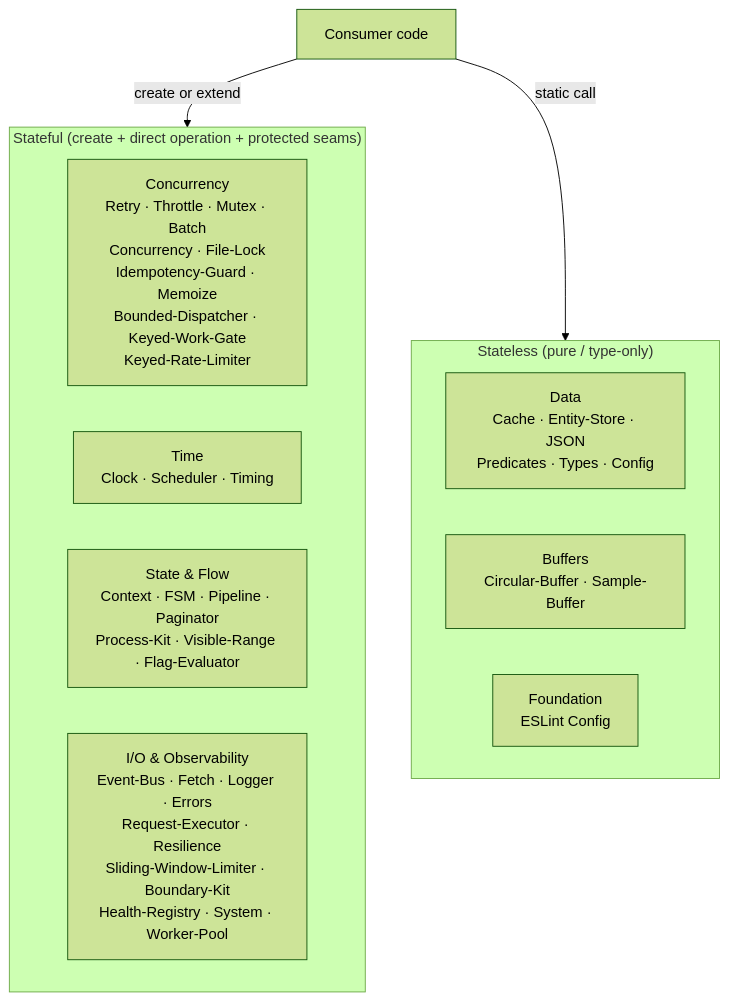
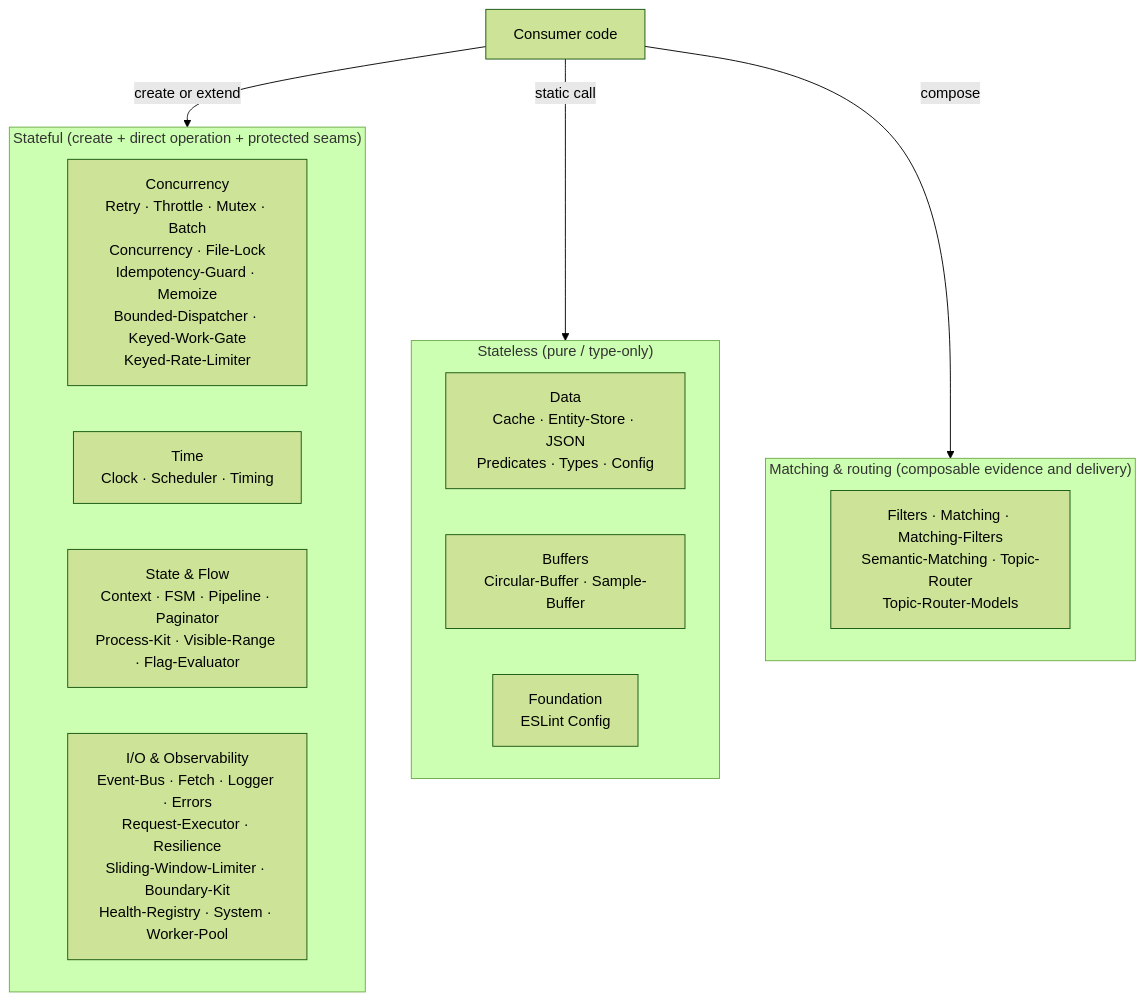
The first of 2 diagrams in docs/architecture.md (Studnicky/substrate), drawn with Mermaid (forest theme) before and after one commit. The commit also changed other lines of this file and 25 other files, not shown here.

````diff
--- a/docs/architecture.md
+++ b/docs/architecture.md
@@ -85,18 +85,23 @@
 ```mermaid
 flowchart TD
     subgraph Stateful["Stateful (create + direct operation + protected seams)"]
         direction LR
         C["Concurrency\nRetry · Throttle · Mutex · Batch\nConcurrency · File-Lock\nIdempotency-Guard · Memoize\nBounded-Dispatcher · Keyed-Work-Gate\nKeyed-Rate-Limiter"]
         T["Time\nClock · Scheduler · Timing"]
         S["State & Flow\nContext · FSM · Pipeline · Paginator\nProcess-Kit · Visible-Range · Flag-Evaluator"]
         O["I/O & Observability\nEvent-Bus · Fetch · Logger · Errors\nRequest-Executor · Resilience\nSliding-Window-Limiter · Boundary-Kit\nHealth-Registry · System · Worker-Pool"]
     end
     subgraph Stateless["Stateless (pure / type-only)"]
         direction LR
         D["Data\nCache · Entity-Store · JSON\nPredicates · Types · Config"]
         B["Buffers\nCircular-Buffer · Sample-Buffer"]
         F["Foundation\nESLint Config"]
     end
+    subgraph MatchingAndRouting["Matching & routing (composable evidence and delivery)"]
+        direction LR
+        M["Filters · Matching · Matching-Filters\nSemantic-Matching · Topic-Router\nTopic-Router-Models"]
+    end
     Consumer["Consumer code"] -->|"create or extend"| Stateful
     Consumer -->|"static call"| Stateless
+    Consumer -->|"compose"| MatchingAndRouting
 ```
````
